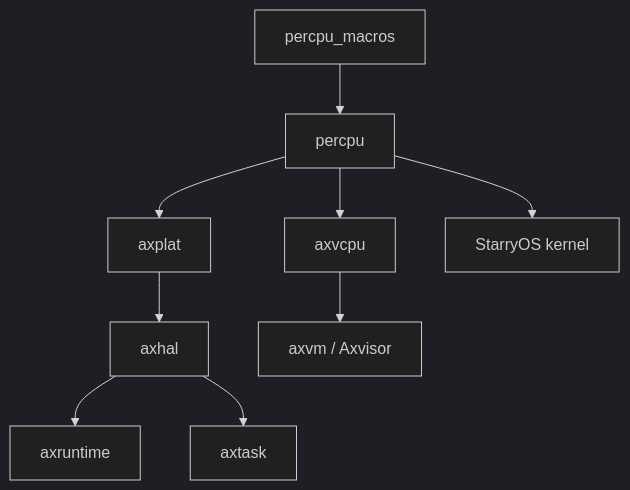
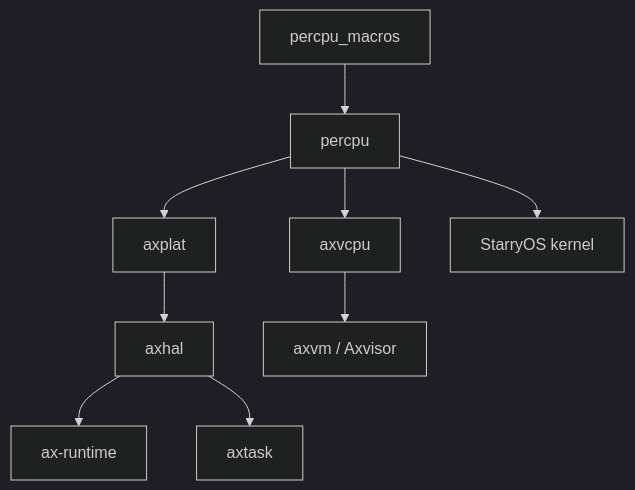
The diagram in docs/crates/percpu.md (zKurisu/tgoskits), drawn with Mermaid (dark theme) before and after one commit. The commit also changed other lines of this file and 69 other files, not shown here.

Commit message:
rename axruntime to ax-runtime

````diff
--- a/docs/crates/percpu.md
+++ b/docs/crates/percpu.md
@@ -187,11 +187,11 @@
 ```mermaid
 graph TD
     A[percpu_macros] --> B[percpu]
     B --> C[axplat]
     C --> D[axhal]
-    D --> E[axruntime]
+    D --> E[ax-runtime]
     D --> F[axtask]
     B --> G[axvcpu]
     G --> H[axvm / Axvisor]
     B --> I[StarryOS kernel]
 ```
````
